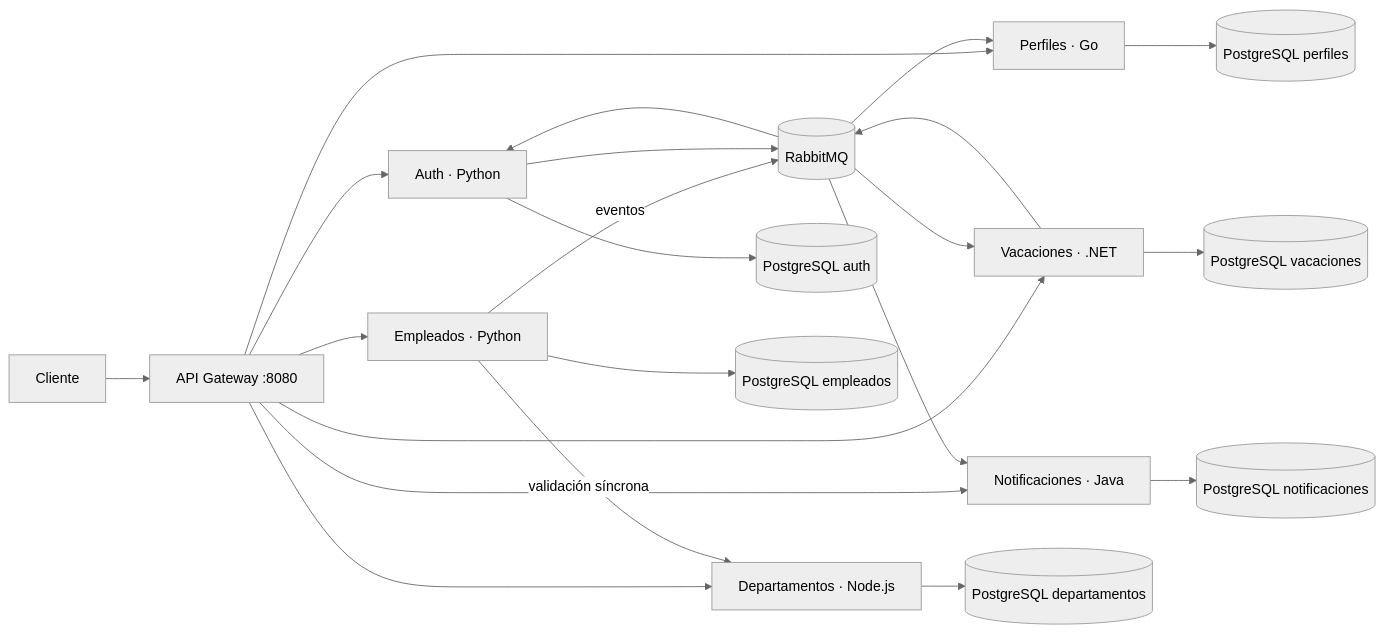
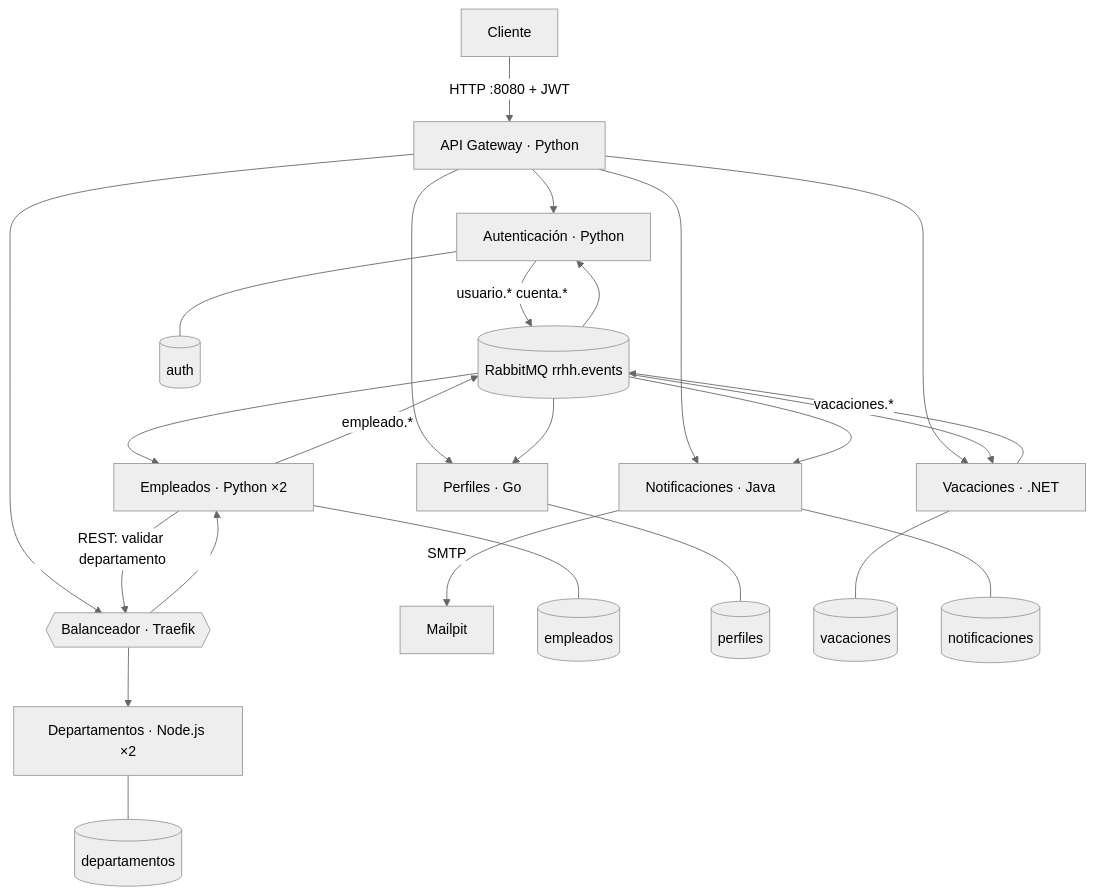
One commit to Stevenz02/Micro changed the diagram in Proyecto final/docs/arquitectura.md. Above: the diagram before and after it, drawn with Mermaid (neutral theme). The commit also changed other lines of this file and 108 other files, not shown here.

Commit message:
Proyecto final: balanceador, Compose Secrets, correo SMTP, EN_VACACIONES, CI por servicio y documentacion

````diff
--- a/Proyecto final/docs/arquitectura.md
+++ b/Proyecto final/docs/arquitectura.md
@@ -5,24 +5,25 @@
 ```mermaid
-flowchart LR
-  U[Cliente] --> G[API Gateway :8080]
-  G --> A[Auth · Python]
-  G --> E[Empleados · Python]
-  G --> D[Departamentos · Node.js]
+flowchart TB
+  U[Cliente] -->|HTTP :8080 + JWT| G[API Gateway · Python]
+  G --> A[Autenticación · Python]
+  G --> LB{{Balanceador · Traefik}}
+  LB --> E[Empleados · Python ×2]
+  LB --> D[Departamentos · Node.js ×2]
   G --> P[Perfiles · Go]
   G --> V[Vacaciones · .NET]
   G --> N[Notificaciones · Java]
-  E -->|validación síncrona| D
-  E -->|eventos| R[(RabbitMQ)]
-  A --> R
-  V --> R
-  R --> A
-  R --> P
-  R --> V
-  R --> N
-  A --> DBA[(PostgreSQL auth)]
-  E --> DBE[(PostgreSQL empleados)]
-  D --> DBD[(PostgreSQL departamentos)]
-  P --> DBP[(PostgreSQL perfiles)]
-  V --> DBV[(PostgreSQL vacaciones)]
-  N --> DBN[(PostgreSQL notificaciones)]
+  E -->|REST: validar departamento| LB
+
+  E -->|empleado.*| R[(RabbitMQ rrhh.events)]
+  A -->|usuario.* cuenta.*| R
+  V -->|vacaciones.*| R
+  R --> A & P & V & N & E
+  N -->|SMTP| M[Mailpit]
+
+  A --- DBA[(auth)]
+  E --- DBE[(empleados)]
+  D --- DBD[(departamentos)]
+  P --- DBP[(perfiles)]
+  V --- DBV[(vacaciones)]
+  N --- DBN[(notificaciones)]
 ```
````
